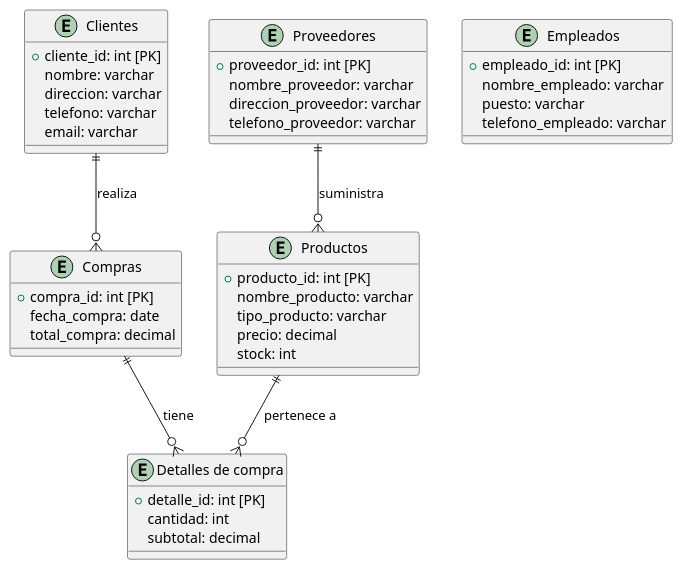
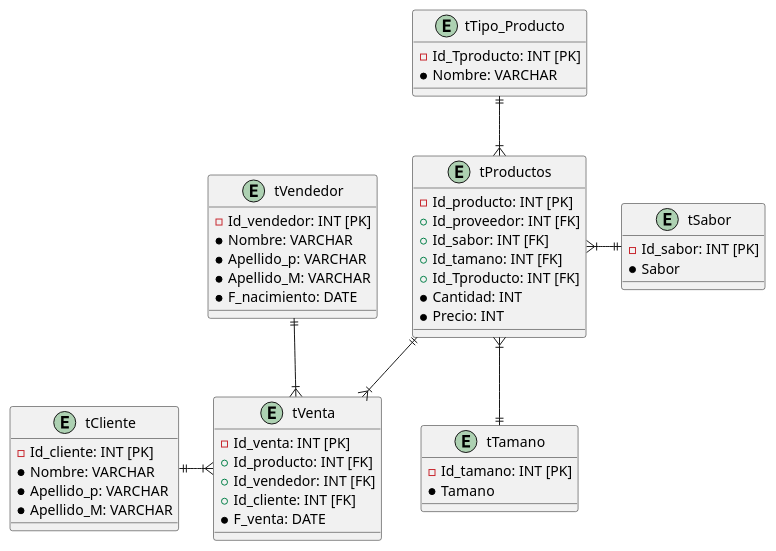
One commit to pacoRH123/5to-Semestre changed the diagram in diseño DBpaletería.md. Above: the diagram before and after it, drawn with PlantUML.

Commit message:
Update diseño DBpaletería.md

```diff
--- a/diseño DBpaletería.md
+++ b/diseño DBpaletería.md
@@ -1,48 +1,59 @@
 @startuml
-entity "Clientes" {
-  +cliente_id: int [PK]
-  nombre: varchar
-  direccion: varchar
-  telefono: varchar
-  email: varchar
+
+entity "tProductos" {
+  -Id_producto: INT [PK]
+  +Id_proveedor: INT [FK]
+  +Id_sabor: INT [FK]
+  +Id_tamano: INT [FK]
+  +Id_Tproducto: INT [FK]
+  *Cantidad: INT
+  *Precio: INT
 }
 
-entity "Productos" {
-  +producto_id: int [PK]
-  nombre_producto: varchar
-  tipo_producto: varchar
-  precio: decimal
-  stock: int
+entity "tTipo_Producto" {
+  -Id_Tproducto: INT [PK]
+  *Nombre: VARCHAR 
 }
 
-entity "Proveedores" {
-  +proveedor_id: int [PK]
-  nombre_proveedor: varchar
-  direccion_proveedor: varchar
-  telefono_proveedor: varchar
+entity "tSabor" {
+  -Id_sabor: INT [PK]
+  *Sabor 
 }
 
-entity "Compras" {
-  +compra_id: int [PK]
-  fecha_compra: date
-  total_compra: decimal
+
+entity "tTamano" {
+  -Id_tamano: INT [PK]
+  *Tamano
 }
 
-entity "Detalles de compra" {
-  +detalle_id: int [PK]
-  cantidad: int
-  subtotal: decimal
+entity "tVenta" {
+  -Id_venta: INT [PK]
+  +Id_producto: INT [FK]
+  +Id_vendedor: INT [FK]
+  +Id_cliente: INT [FK]
+  *F_venta: DATE
 }
 
-entity "Empleados" {
-  +empleado_id: int [PK]
-  nombre_empleado: varchar
-  puesto: varchar
-  telefono_empleado: varchar
+
+entity "tVendedor" {
+  -Id_vendedor: INT [PK]
+  *Nombre: VARCHAR
+  *Apellido_p: VARCHAR
+  *Apellido_M: VARCHAR
+  *F_nacimiento: DATE
 }
 
-Compras ||--o{ "Detalles de compra" : tiene
-Clientes ||--o{ Compras : realiza
-Productos ||--o{ "Detalles de compra" : pertenece a
-Proveedores ||--o{ Productos : suministra
+entity "tCliente" {
+  -Id_cliente: INT [PK]
+  *Nombre: VARCHAR
+  *Apellido_p: VARCHAR
+  *Apellido_M: VARCHAR
+}
+
+tVendedor ||--|{ tVenta 
+tProductos}|-||tSabor
+tProductos}|--||tTamano
+tTipo_Producto||--|{tProductos
+tProductos||--|{tVenta
+tCliente||-|{tVenta
 @enduml
```
